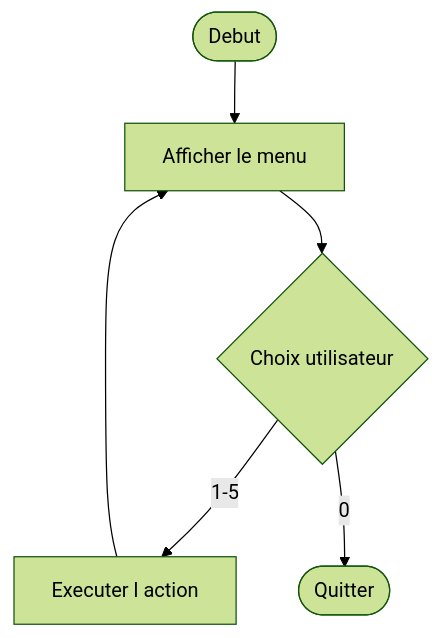
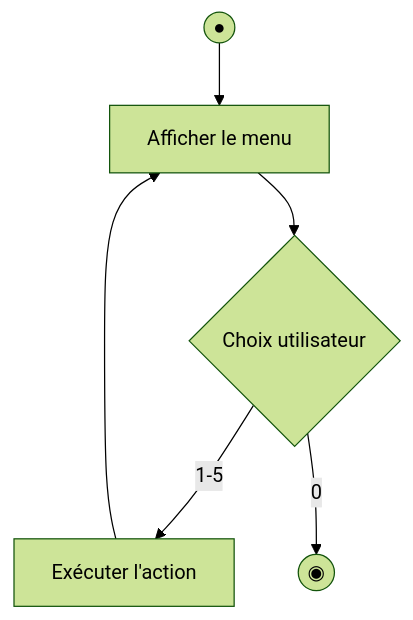
Before and after one commit to BTS1-SIO-SLAM-LSW/playlist-csharp: the fourth of 5 diagrams in PlaylistApp/TP1_GUIDE.md, drawn with Mermaid (forest theme). The commit also changed other lines of this file and 6 other files, not shown here.

````diff
--- a/PlaylistApp/TP1_GUIDE.md
+++ b/PlaylistApp/TP1_GUIDE.md
@@ -125,8 +125,8 @@
 ```mermaid
 flowchart TD
-    D([Debut]) --> A[Afficher le menu]
-    A --> C{Choix utilisateur}
-    C -->|1-5| T[Executer l action]
+    ini(("●")) --> A["Afficher le menu"]
+    A --> C{"Choix utilisateur"}
+    C -->|"1-5"| T["Exécuter l'action"]
     T --> A
-    C -->|0| F([Quitter])
+    C -->|"0"| fin(("◉"))
 ```
````
